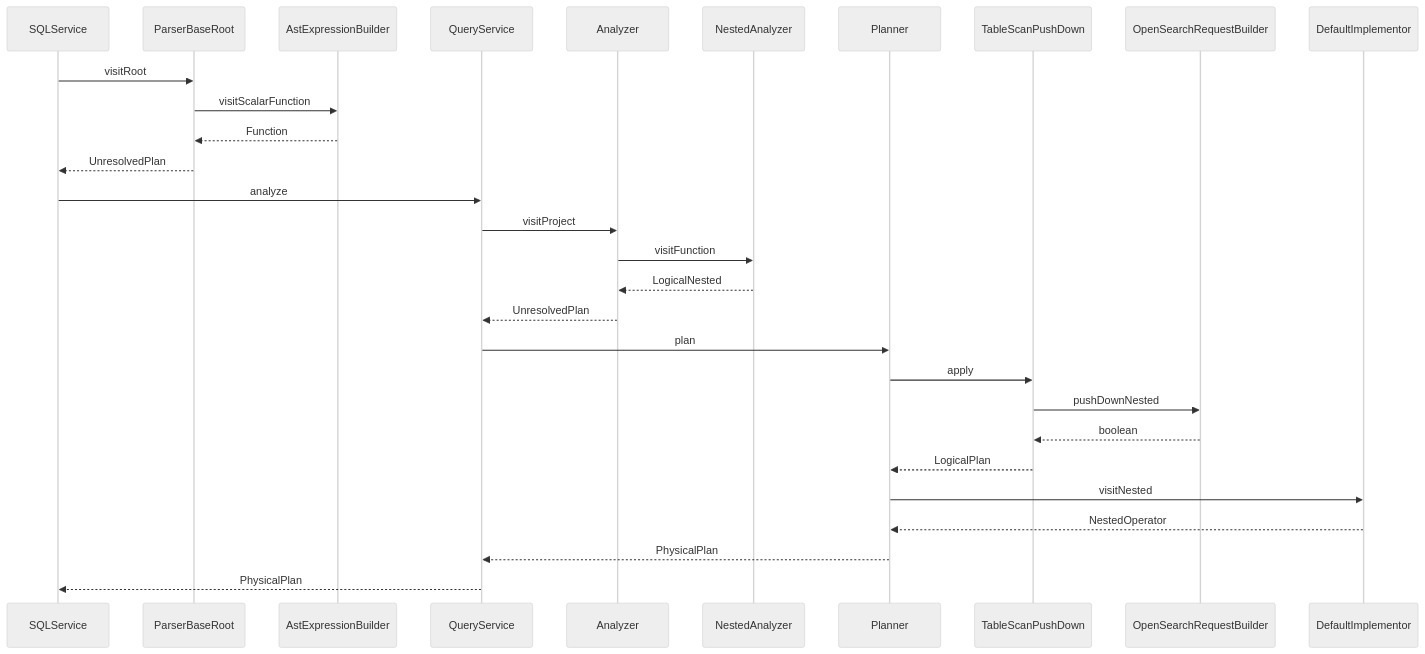
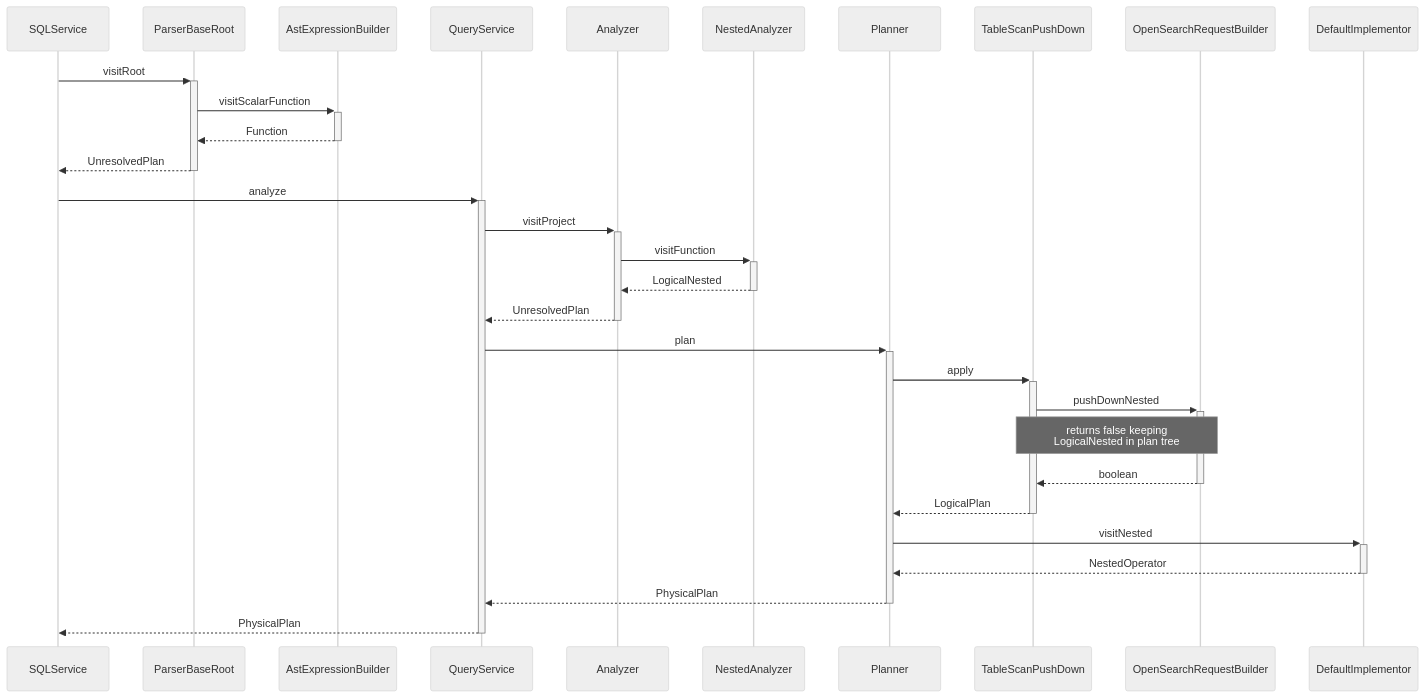
The second of 4 diagrams in docs/dev/sql-nested-function-select-clause.md (opensearch-project/sql), drawn with Mermaid (neutral theme) before and after one commit. The commit also changed other lines of this file and 2 other files, not shown here.

Commit message:
Adding priorities, additional examples, cleaning up diagrams based on comments and adding table of contents.

````diff
--- a/docs/dev/sql-nested-function-select-clause.md
+++ b/docs/dev/sql-nested-function-select-clause.md
@@ -281,37 +345,41 @@
 ```mermaid
 sequenceDiagram
     participant SQLService
     participant ParserBaseRoot
     participant AstExpressionBuilder
 
     participant QueryService
     participant Analyzer
     participant NestedAnalyzer
     participant Planner
     participant TableScanPushDown
     participant OpenSearchRequestBuilder
     participant DefaultImplementor
 
 %% Parsing
-SQLService->>ParserBaseRoot:visitRoot
-  ParserBaseRoot->>AstExpressionBuilder:visitScalarFunction
-  AstExpressionBuilder-->>ParserBaseRoot:Function
-ParserBaseRoot-->>SQLService:UnresolvedPlan
+SQLService->>+ParserBaseRoot:visitRoot
+  ParserBaseRoot->>+AstExpressionBuilder:visitScalarFunction
+  AstExpressionBuilder-->>-ParserBaseRoot:Function
+ParserBaseRoot-->>-SQLService:UnresolvedPlan
 %% Analysis
-SQLService->>QueryService:analyze
-  QueryService->>Analyzer:visitProject
-    Analyzer->>NestedAnalyzer:visitFunction
-      NestedAnalyzer-->>Analyzer:LogicalNested
-    Analyzer-->>QueryService:UnresolvedPlan
-  QueryService->>Planner:plan
-    %% planner optimization
-    Planner->>TableScanPushDown:apply
-      TableScanPushDown->>OpenSearchRequestBuilder:pushDownNested
-      OpenSearchRequestBuilder-->>TableScanPushDown:boolean
-    TableScanPushDown-->>Planner:LogicalPlan
+SQLService->>+QueryService:analyze
+  QueryService->>+Analyzer:visitProject
+    Analyzer->>+NestedAnalyzer:visitFunction
+    NestedAnalyzer-->>-Analyzer:LogicalNested
+  Analyzer-->>-QueryService:UnresolvedPlan
+    
+  %% planner optimization
+  QueryService->>+Planner:plan
+    Planner->>+TableScanPushDown:apply
+      TableScanPushDown->>+OpenSearchRequestBuilder:pushDownNested
+
+      Note over TableScanPushDown, OpenSearchRequestBuilder: returns false keeping<br>LogicalNested in plan tree
+
+      OpenSearchRequestBuilder-->>-TableScanPushDown:boolean
+    TableScanPushDown-->>-Planner:LogicalPlan
     %% planner implementation
-    Planner->>DefaultImplementor:visitNested
-    DefaultImplementor-->>Planner:NestedOperator
-  Planner-->>QueryService:PhysicalPlan
-QueryService-->>SQLService:PhysicalPlan
+    Planner->>+DefaultImplementor:visitNested
+    DefaultImplementor-->>-Planner:NestedOperator
+  Planner-->>-QueryService:PhysicalPlan
+QueryService-->>-SQLService:PhysicalPlan
 ```
````
